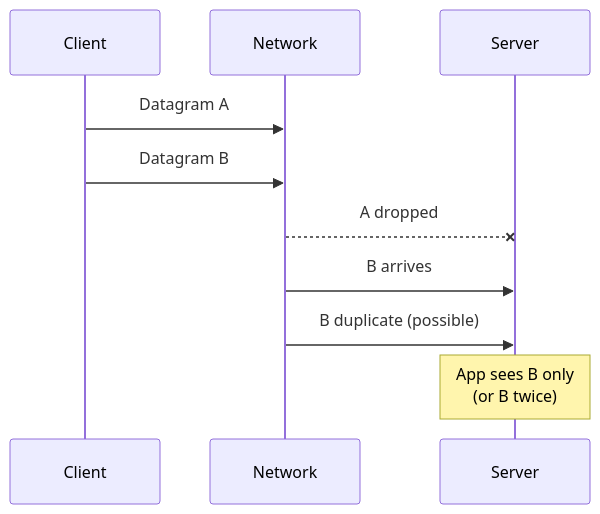
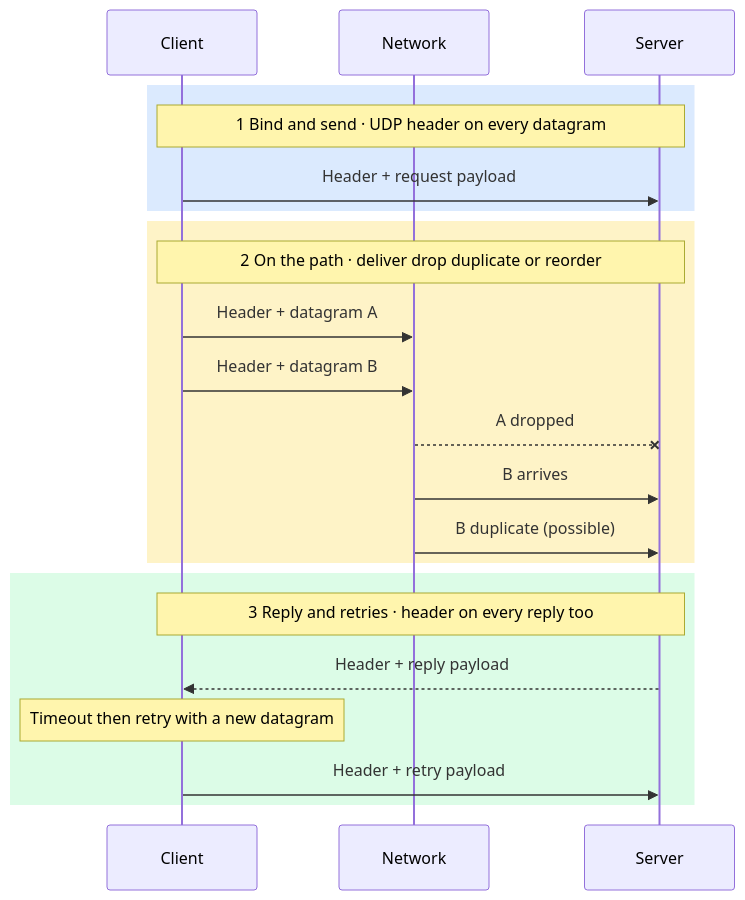
The fifth of 7 diagrams in docs/insights/2026-07-14-tcp-vs-udp-under-the-hood/tcp-vs-udp-under-the-hood.mdx (iamsharmajitender/gain), drawn with Mermaid before and after one commit. The commit also changed other lines of this file and 15 other files, not shown here.

````diff
--- a/docs/insights/2026-07-14-tcp-vs-udp-under-the-hood/tcp-vs-udp-under-the-hood.mdx
+++ b/docs/insights/2026-07-14-tcp-vs-udp-under-the-hood/tcp-vs-udp-under-the-hood.mdx
@@ -422,13 +404,27 @@
 ```mermaid
 sequenceDiagram
     participant C as Client
     participant N as Network
     participant S as Server
 
-    C->>N: Datagram A
-    C->>N: Datagram B
+    rect rgb(219, 234, 254)
+    Note over C,S: 1 Bind and send · UDP header on every datagram
+    C->>S: Header + request payload
+    end
+
+    rect rgb(254, 243, 199)
+    Note over C,S: 2 On the path · deliver drop duplicate or reorder
+    C->>N: Header + datagram A
+    C->>N: Header + datagram B
     N--xS: A dropped
     N->>S: B arrives
     N->>S: B duplicate (possible)
-    Note over S: App sees B only<br/>(or B twice)
+    end
+
+    rect rgb(220, 252, 231)
+    Note over C,S: 3 Reply and retries · header on every reply too
+    S-->>C: Header + reply payload
+    Note over C: Timeout then retry with a new datagram
+    C->>S: Header + retry payload
+    end
 ```
````
